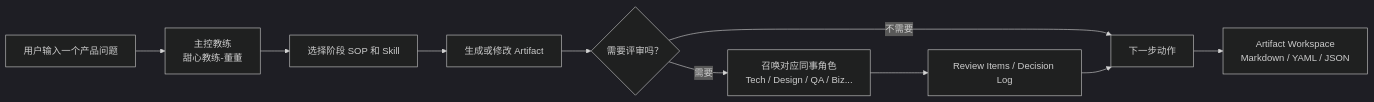
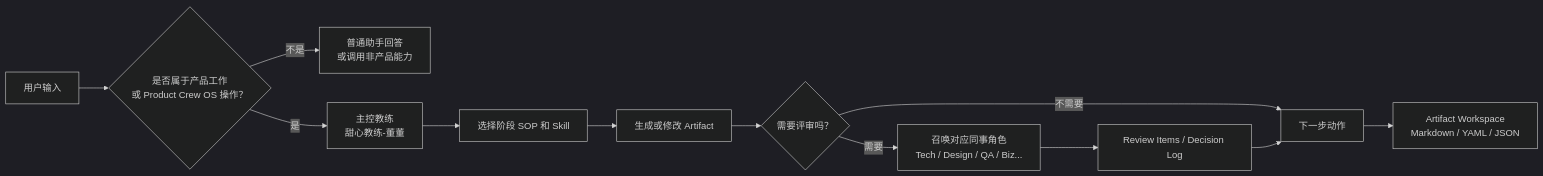
The diagram in README.md (BreezeTong77/product-crew-os), drawn with Mermaid (dark theme) before and after one commit. The commit also changed other lines of this file and 12 other files, not shown here.

````diff
--- a/README.md
+++ b/README.md
@@ -88,12 +90,14 @@
 ```mermaid
 flowchart LR
-  U["用户输入一个产品问题"] --> C["主控教练\n甜心教练-董董"]
+  U["用户输入"] --> I{"是否属于产品工作\n或 Product Crew OS 操作？"}
+  I -- "不是" --> O["普通助手回答\n或调用非产品能力"]
+  I -- "是" --> C["主控教练\n甜心教练-董董"]
   C --> S["选择阶段 SOP 和 Skill"]
   S --> A["生成或修改 Artifact"]
   A --> R{"需要评审吗？"}
   R -- "需要" --> G["召唤对应同事角色\nTech / Design / QA / Biz..."]
   G --> D["Review Items / Decision Log"]
   R -- "不需要" --> N["下一步动作"]
   D --> N
   N --> W["Artifact Workspace\nMarkdown / YAML / JSON"]
 ```
````
